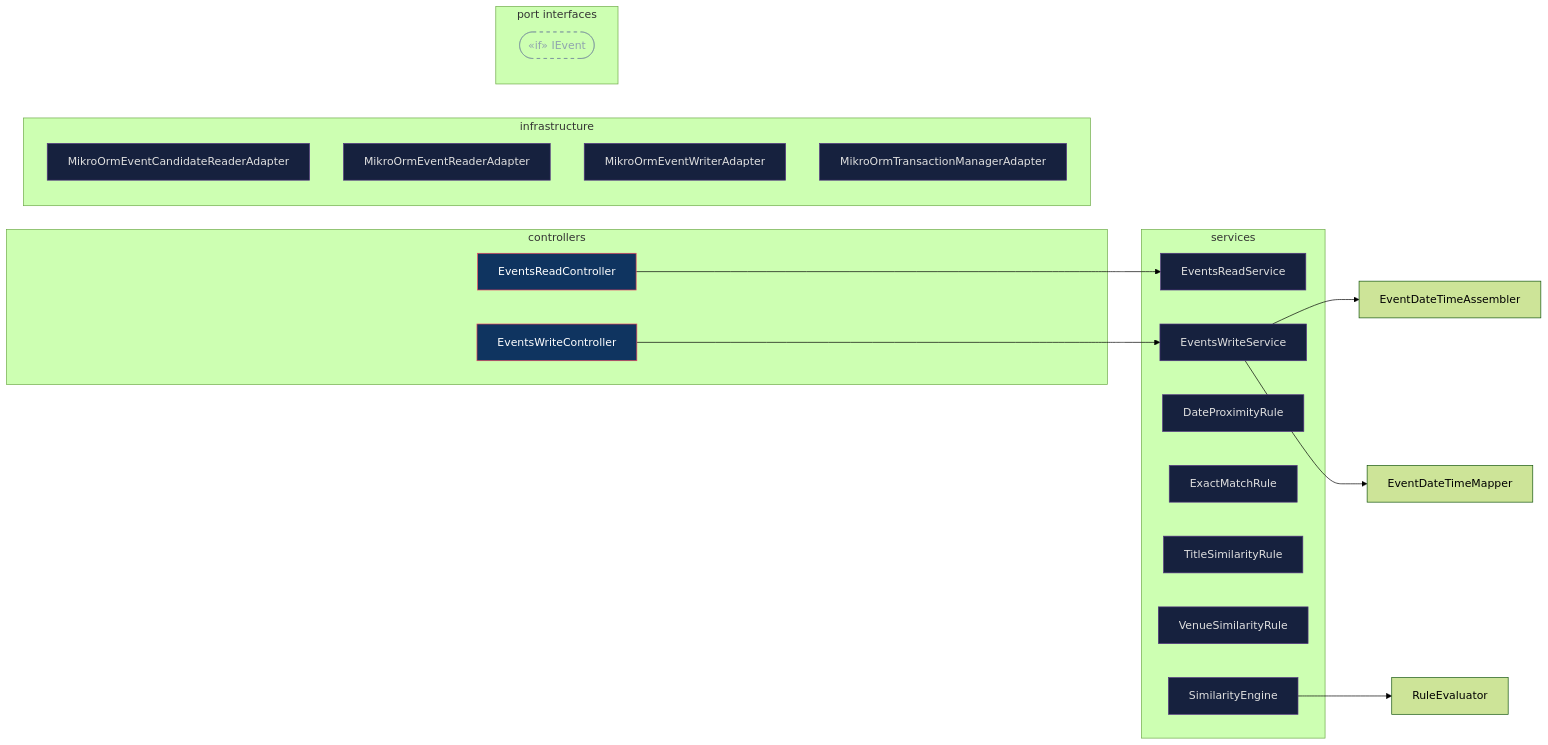
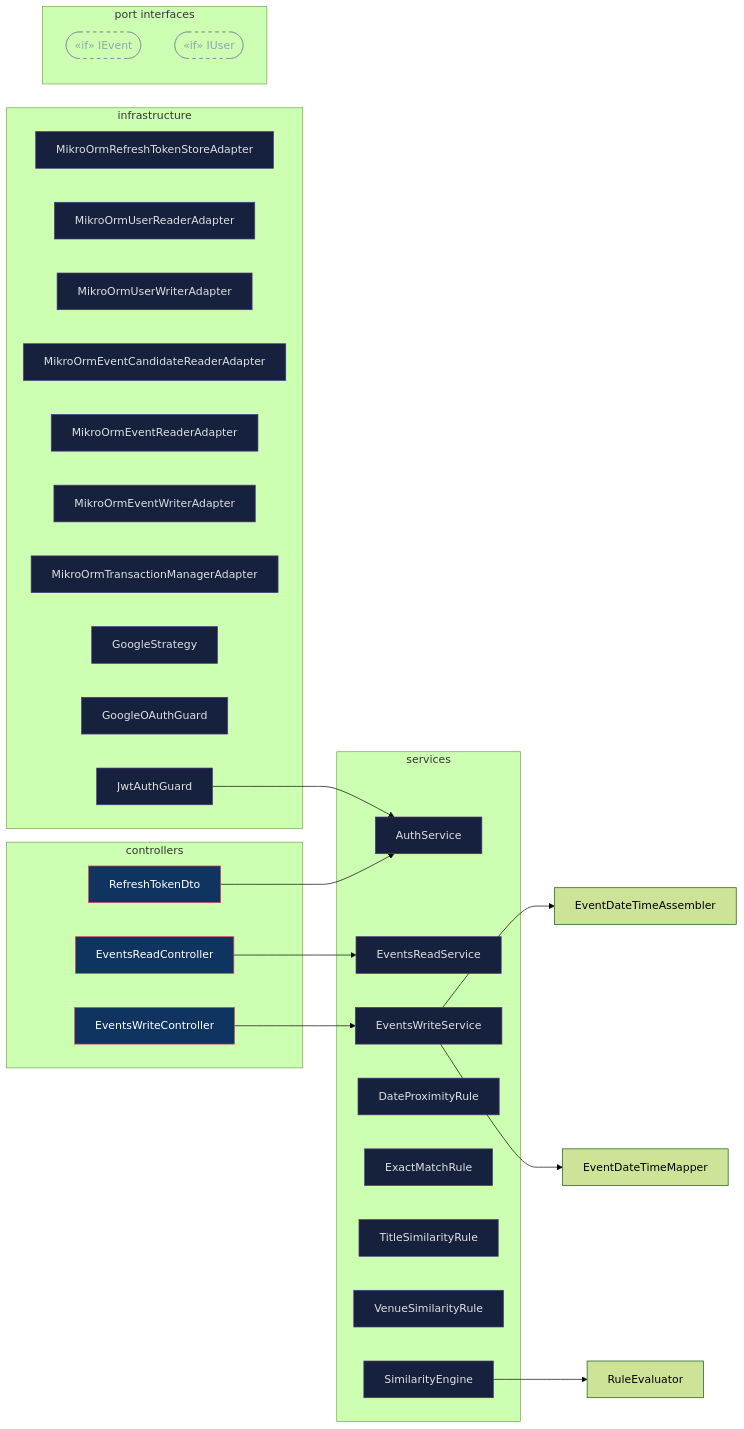
One commit to Phastboy/campuspulse changed the second of 3 diagrams in docs/architecture.md. Above: the diagram before and after it, drawn with Mermaid (forest theme). The commit also changed other lines of this file, not shown here.

Commit message:
docs(architecture): update diagrams with auth module components

````diff
--- a/docs/architecture.md
+++ b/docs/architecture.md
@@ -33,56 +36,76 @@
 ```mermaid
 graph LR
   %% Class-level dependency injection
   %% Solid arrow → direct dependency    Dashed arrow -.-> via port token
 
   subgraph controllers ["controllers"]
+    RefreshTokenDto["RefreshTokenDto"]
     EventsReadController["EventsReadController"]
     EventsWriteController["EventsWriteController"]
   end
 
   subgraph infrastructure ["infrastructure"]
+    MikroOrmRefreshTokenStoreAdapter["MikroOrmRefreshTokenStoreAdapter"]
+    MikroOrmUserReaderAdapter["MikroOrmUserReaderAdapter"]
+    MikroOrmUserWriterAdapter["MikroOrmUserWriterAdapter"]
     MikroOrmEventCandidateReaderAdapter["MikroOrmEventCandidateReaderAdapter"]
     MikroOrmEventReaderAdapter["MikroOrmEventReaderAdapter"]
     MikroOrmEventWriterAdapter["MikroOrmEventWriterAdapter"]
     MikroOrmTransactionManagerAdapter["MikroOrmTransactionManagerAdapter"]
+    GoogleStrategy["GoogleStrategy"]
+    GoogleOAuthGuard["GoogleOAuthGuard"]
+    JwtAuthGuard["JwtAuthGuard"]
   end
 
   subgraph services ["services"]
+    AuthService["AuthService"]
     EventsReadService["EventsReadService"]
     EventsWriteService["EventsWriteService"]
     DateProximityRule["DateProximityRule"]
     ExactMatchRule["ExactMatchRule"]
     TitleSimilarityRule["TitleSimilarityRule"]
     VenueSimilarityRule["VenueSimilarityRule"]
     SimilarityEngine["SimilarityEngine"]
   end
 
+  RefreshTokenDto --> AuthService
   EventsReadController --> EventsReadService
   EventsWriteController --> EventsWriteService
+  JwtAuthGuard --> AuthService
   EventsWriteService --> EventDateTimeAssembler
   EventsWriteService --> EventDateTimeMapper
   SimilarityEngine --> RuleEvaluator
 
   subgraph ports_sg ["port interfaces"]
     IEvent(["«if» IEvent"])
+    IUser(["«if» IUser"])
   end
 
   classDef ctrl  fill:#0f3460,stroke:#e94560,color:#fff
   classDef svc   fill:#16213e,stroke:#533483,color:#e0e0e0
   classDef infra fill:#1a1a2e,stroke:#2196f3,color:#b0bec5
   classDef port  fill:none,stroke:#78909c,color:#90a4ae,stroke-dasharray:5 5
+  class RefreshTokenDto ctrl
   class EventsReadController ctrl
   class EventsWriteController ctrl
+  class MikroOrmRefreshTokenStoreAdapter svc
+  class MikroOrmUserReaderAdapter svc
+  class MikroOrmUserWriterAdapter svc
   class MikroOrmEventCandidateReaderAdapter svc
   class MikroOrmEventReaderAdapter svc
   class MikroOrmEventWriterAdapter svc
   class MikroOrmTransactionManagerAdapter svc
+  class GoogleStrategy svc
+  class GoogleOAuthGuard svc
+  class JwtAuthGuard svc
+  class AuthService svc
   class EventsReadService svc
   class EventsWriteService svc
   class DateProximityRule svc
   class ExactMatchRule svc
   class TitleSimilarityRule svc
   class VenueSimilarityRule svc
   class SimilarityEngine svc
   class IEvent port
+  class IUser port
 ```
````
